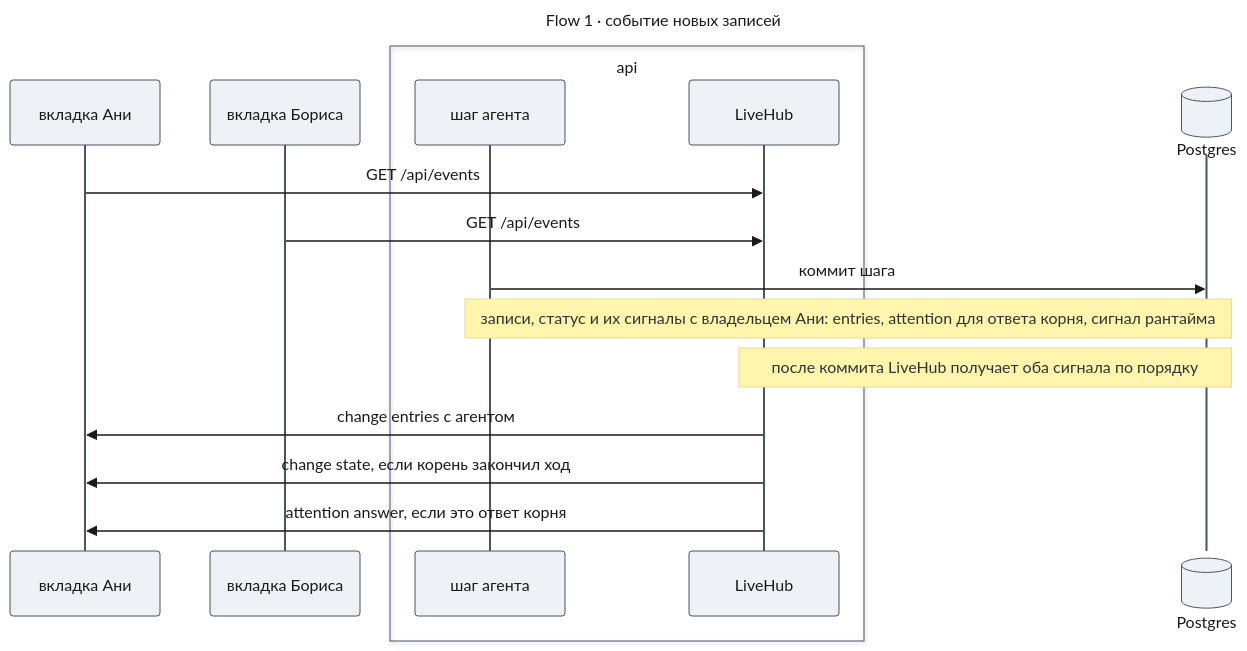
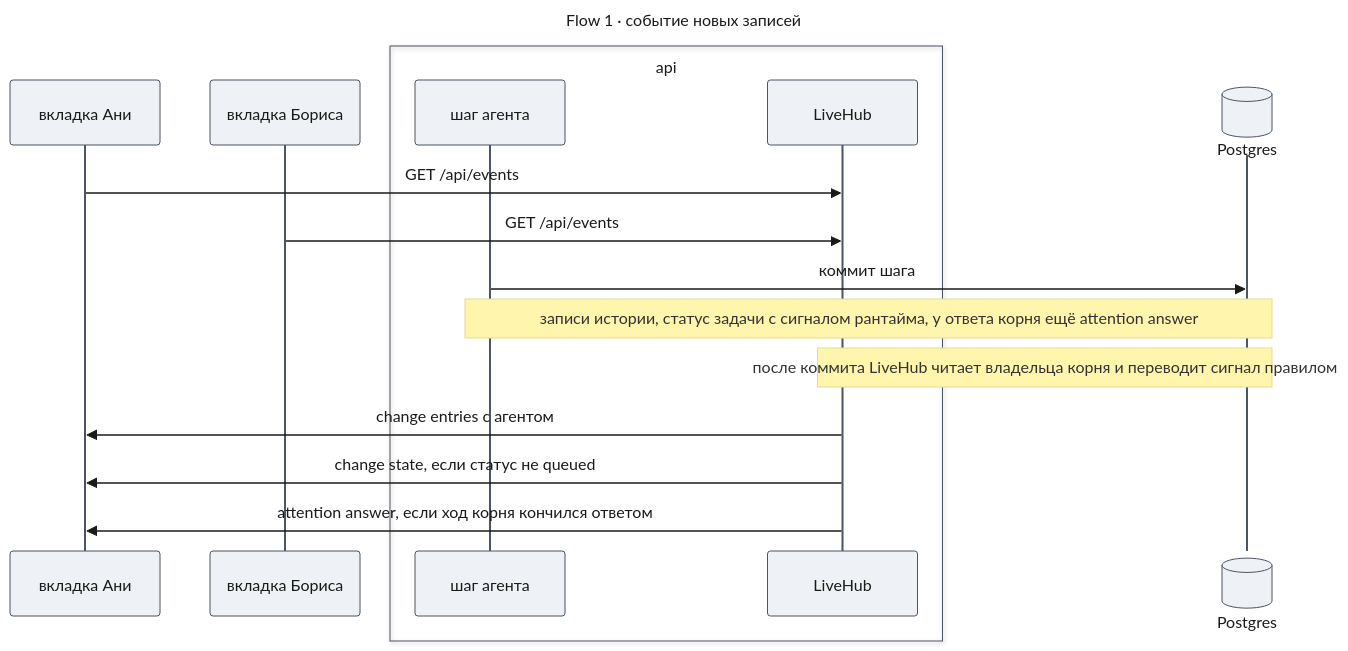
Before and after one commit to tundraray/agent-os: the third of 6 diagrams in docs/features/live-feed/design-server.md, drawn with Mermaid. The commit also changed other lines of this file, not shown here.

Commit message:
docs: simplify the live feed server design

````diff
--- a/docs/features/live-feed/design-server.md
+++ b/docs/features/live-feed/design-server.md
@@ -284,38 +283,38 @@
 ```mermaid
 ---
 title: "Flow 1 · событие новых записей"
 config:
   theme: base
   look: classic
   themeVariables:
     primaryColor: "#eef1f5"
     primaryBorderColor: "#4b5563"
     primaryTextColor: "#1a1a1a"
     lineColor: "#6b7280"
   themeCSS: |
     @keyframes lit_f1{0%,15%{stroke:#991b1b;stroke-width:6px}16.67%,100%{stroke:#37474f;stroke-width:2px}}
     @keyframes litr_f1{0%,15%{stroke:#1d4ed8;stroke-width:6px}16.67%,100%{stroke:#37474f;stroke-width:2px}}
     .messageLine0[data-id='i0'],.messageLine1[data-id='i0']{animation:litr_f1 7.2s linear 0s infinite}
     .messageLine0[data-id='i1'],.messageLine1[data-id='i1']{animation:litr_f1 7.2s linear 1.2s infinite}
     .messageLine0[data-id='i2'],.messageLine1[data-id='i2']{animation:lit_f1 7.2s linear 2.4s infinite}
     .messageLine0[data-id='i5'],.messageLine1[data-id='i5']{animation:litr_f1 7.2s linear 3.6s infinite}
     .messageLine0[data-id='i6'],.messageLine1[data-id='i6']{animation:litr_f1 7.2s linear 4.8s infinite}
     .messageLine0[data-id='i7'],.messageLine1[data-id='i7']{animation:litr_f1 7.2s linear 6s infinite}
 ---
 sequenceDiagram
     participant WebA as вкладка Ани
     participant WebB as вкладка Бориса
     box api
         participant Step as шаг агента
         participant Hub as LiveHub
     end
     participant DB@{ "type": "database" } as Postgres
     WebA->>Hub: GET /api/events
     WebB->>Hub: GET /api/events
     Step->>DB: коммит шага
-    Note over Step,DB: записи, статус и их сигналы с владельцем Ани: entries, attention для ответа корня, сигнал рантайма
-    Note over DB,Hub: после коммита LiveHub получает оба сигнала по порядку
+    Note over Step,DB: записи истории, статус задачи с сигналом рантайма, у ответа корня ещё attention answer
+    Note over DB,Hub: после коммита LiveHub читает владельца корня и переводит сигнал правилом
     Hub->>WebA: change entries с агентом
-    Hub->>WebA: change state, если корень закончил ход
-    Hub->>WebA: attention answer, если это ответ корня
+    Hub->>WebA: change state, если статус не queued
+    Hub->>WebA: attention answer, если ход корня кончился ответом
 ```
````
